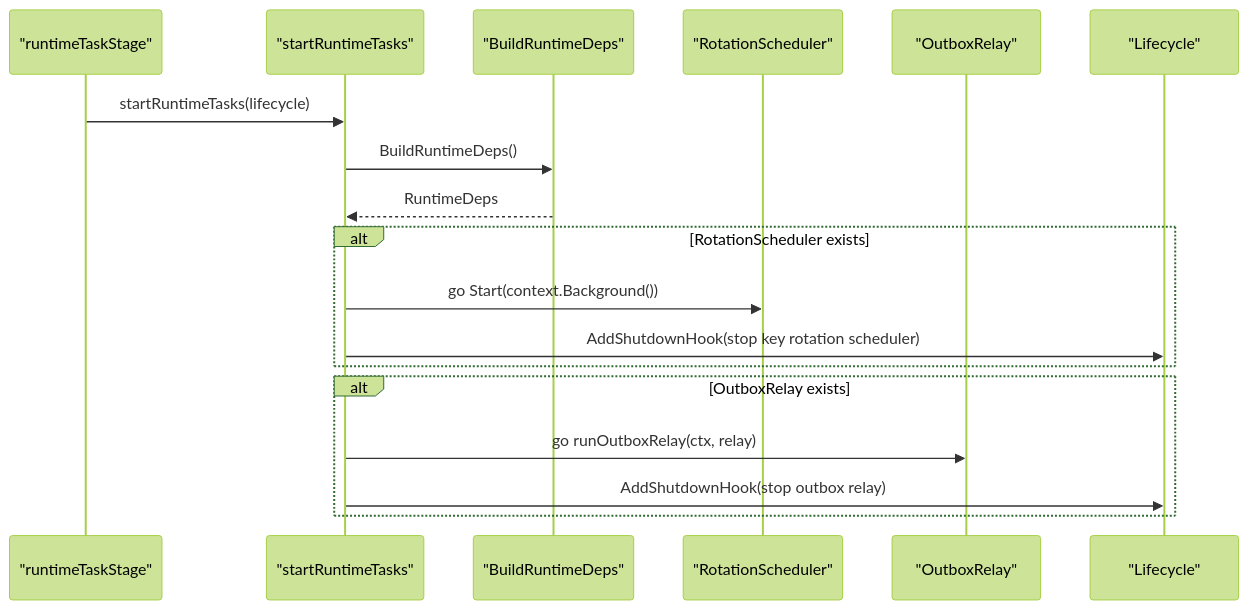
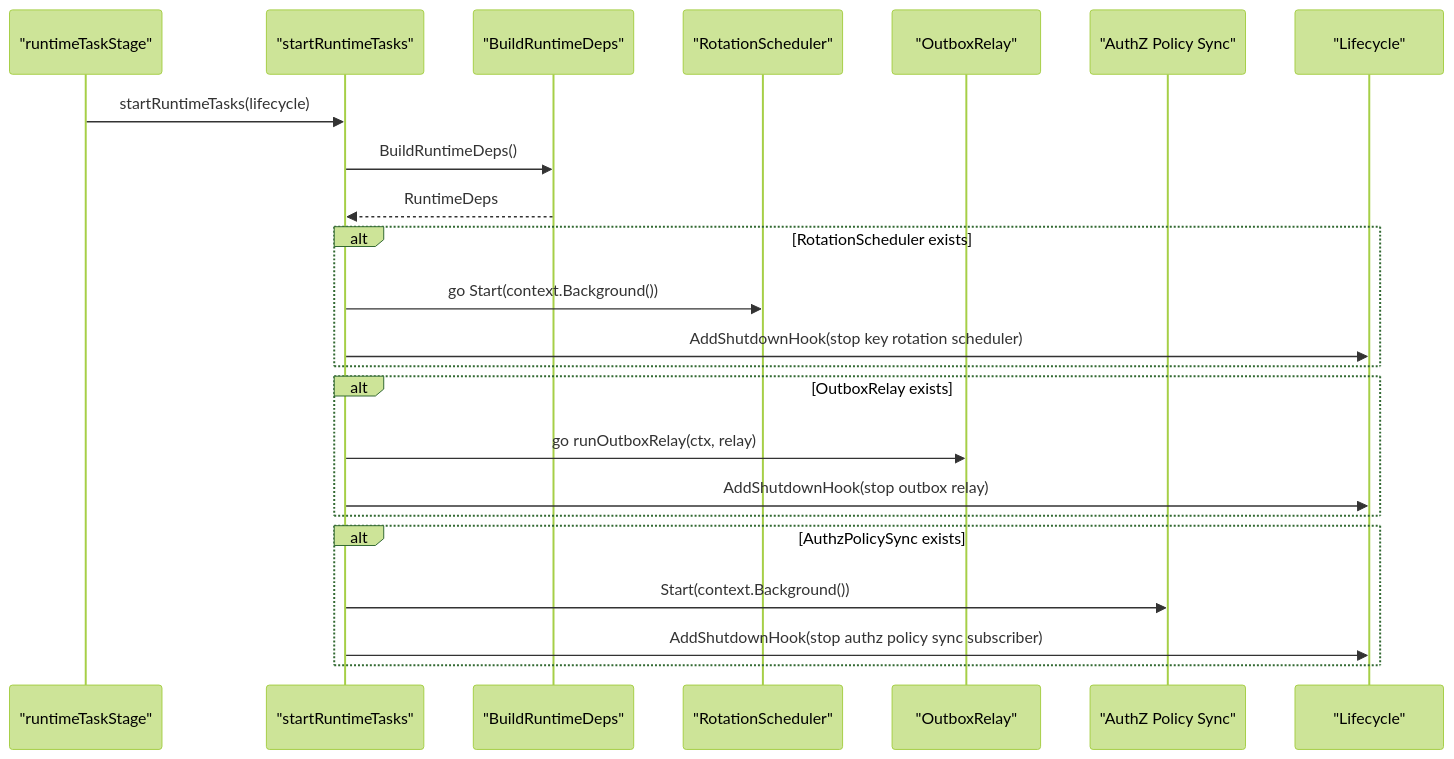
One commit to FangcunMount/iam changed the fourth of 17 diagrams in docs/01-运行时/04-后台任务与优雅关闭.md. Above: the diagram before and after it, drawn with Mermaid (forest theme). The commit also changed other lines of this file and 5 other files, not shown here.

````diff
--- a/docs/01-运行时/04-后台任务与优雅关闭.md
+++ b/docs/01-运行时/04-后台任务与优雅关闭.md
@@ -237,23 +262,29 @@
 ```mermaid
 sequenceDiagram
     participant Stage as "runtimeTaskStage"
     participant Process as "startRuntimeTasks"
     participant Container as "BuildRuntimeDeps"
     participant Scheduler as "RotationScheduler"
     participant Relay as "OutboxRelay"
+    participant Sync as "AuthZ Policy Sync"
     participant Life as "Lifecycle"
 
     Stage->>Process: startRuntimeTasks(lifecycle)
     Process->>Container: BuildRuntimeDeps()
     Container-->>Process: RuntimeDeps
 
     alt RotationScheduler exists
         Process->>Scheduler: go Start(context.Background())
         Process->>Life: AddShutdownHook(stop key rotation scheduler)
     end
 
     alt OutboxRelay exists
         Process->>Relay: go runOutboxRelay(ctx, relay)
         Process->>Life: AddShutdownHook(stop outbox relay)
     end
+
+    alt AuthzPolicySync exists
+        Process->>Sync: Start(context.Background())
+        Process->>Life: AddShutdownHook(stop authz policy sync subscriber)
+    end
 ```
````
